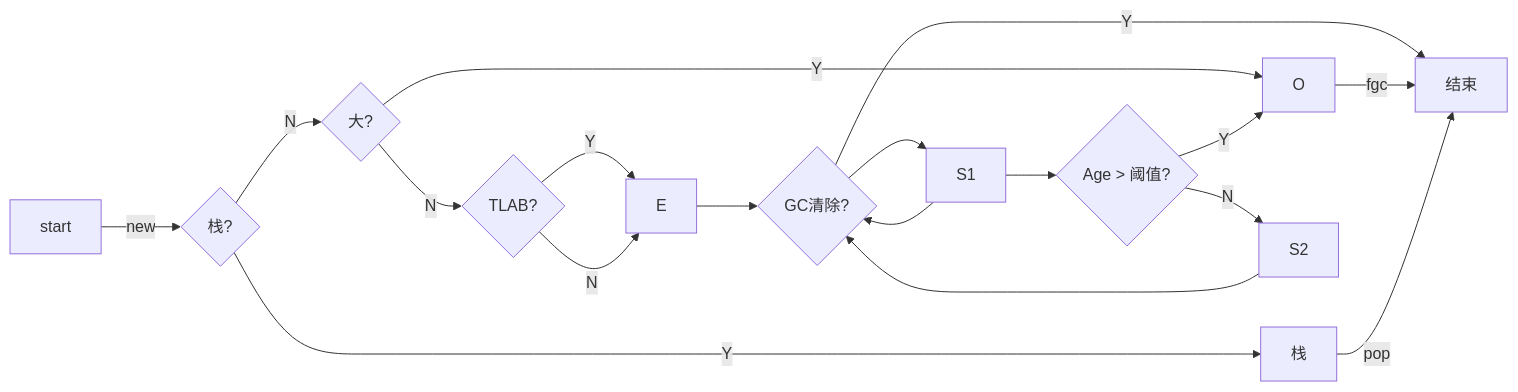
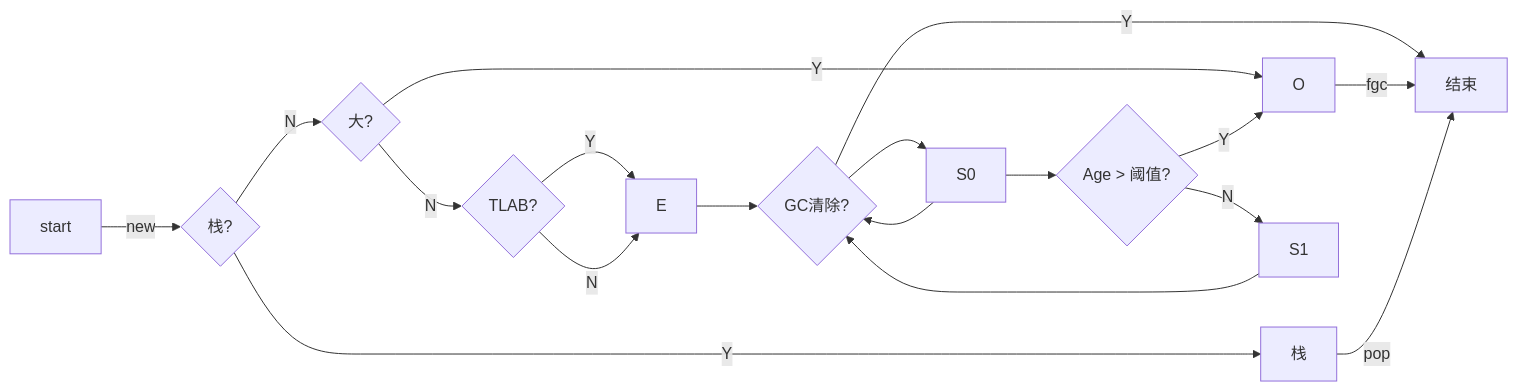
Before and after one commit to 0xcaffebabe/note: the first of 4 diagrams in doc/编程语言/JAVA/JVM/自动内存管理/垃圾回收.md, drawn with Mermaid. The commit also changed other lines of this file and 1 other file, not shown here.

Commit message:
📦垃圾回收
- 添加 Survivor 区的解释，说明其在垃圾回收过程中的作用
- 更新内存分配流程图，增加 Survivor 区的处理逻辑
- 插入一张关于内存分配的图片，帮助理解

````diff
--- a/doc/编程语言/JAVA/JVM/自动内存管理/垃圾回收.md
+++ b/doc/编程语言/JAVA/JVM/自动内存管理/垃圾回收.md
@@ -31,20 +33,20 @@
 ```mermaid
 graph LR
   start -- new --> A{栈?}
   A --> |Y| 栈
   A --> |N| B{大?}
   B --> |Y| O
   B --> |N| C{TLAB?}
   C --> |Y| E
   C --> |N| E
   E --> D{GC清除?}
-  D --> S1
+  D --> S0
+  S0 --> D
+  S0 --> F{Age > 阈值?}
+  F --> |Y| O
+  F --> |N| S1
   S1 --> D
-  S1 --> F{Age > 阈值?}
-  F --> |Y| O
-  F --> |N| S2
-  S2 --> D
   D --> |Y| 结束
   O -- fgc --> 结束
   栈 -- pop --> 结束
 ```
````
